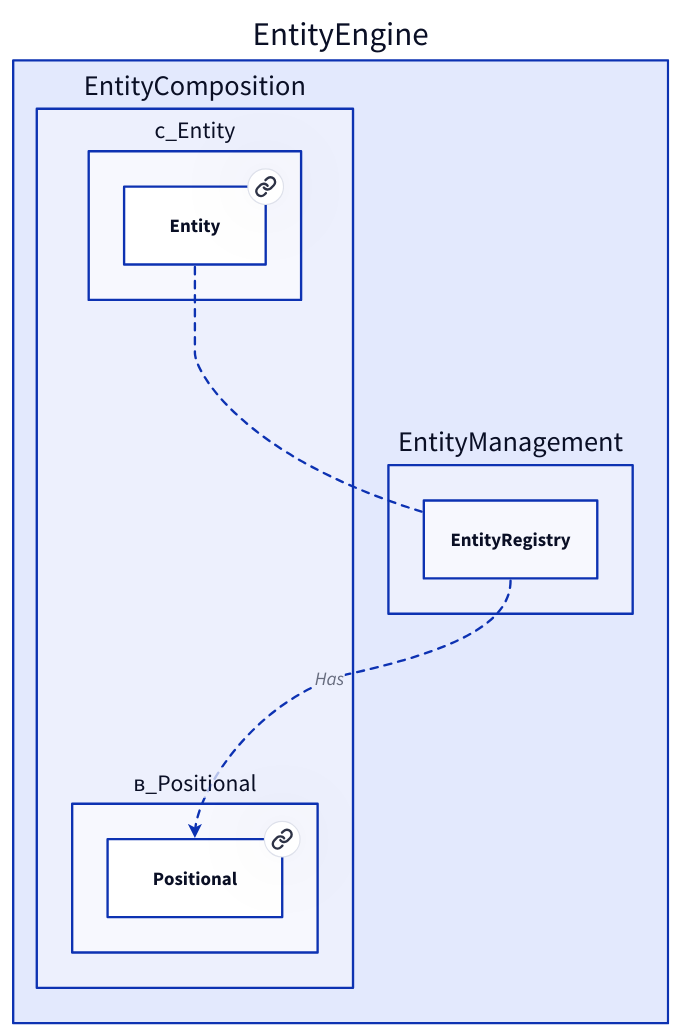
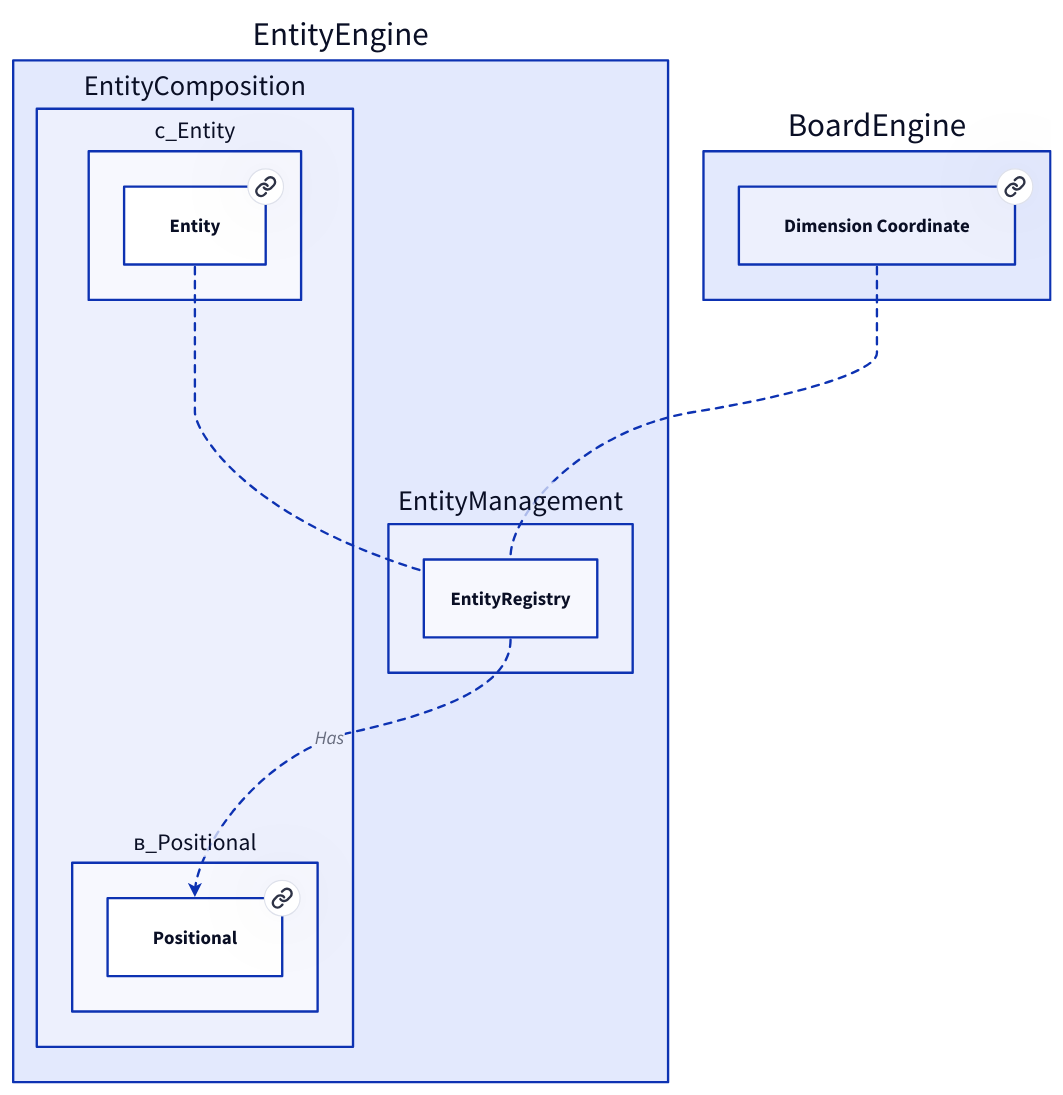
One commit to Portevent/Brume-Documentation changed the diagram in doc/graphs/d2/EntityRegistry.d2. Above: the diagram before and after it, drawn with D2. The commit also changed 15 other files, not shown here.

```diff
--- a/doc/graphs/d2/EntityRegistry.d2
+++ b/doc/graphs/d2/EntityRegistry.d2
@@ -1,22 +1,28 @@
 # Nodes :
 EntityEngine: {
     EntityComposition: {
         в_Positional: {
             Positional: Positional {
                link: Positional
             }
         }
         с_Entity: {
             Entity: Entity {
                link: Entity
             }
         }
     }
 }
+BoardEngine: {
+    DimensionCoordinate: Dimension Coordinate {
+       link: DimensionCoordinate
+    }
+}
 
 # Links :
 EntityEngine.EntityComposition.с_Entity.Entity -- EntityEngine.EntityManagement.EntityRegistry: {style.stroke-dash: 3}
+BoardEngine.DimensionCoordinate -- EntityEngine.EntityManagement.EntityRegistry: {style.stroke-dash: 3}
 EntityEngine.EntityManagement.EntityRegistry -> EntityEngine.EntityComposition.в_Positional.Positional: Has {style.stroke-dash: 3
 source-arrowhead: {}
 target-arrowhead: {shape: arrow}
 }
```
